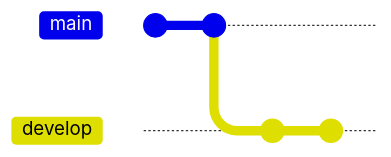
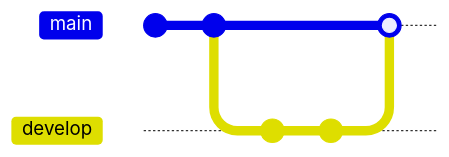
One commit to urotansh/git-practice changed the diagram in readme-git.md. Above: the diagram before and after it, drawn with Mermaid. Commit ids are hidden.

Commit message:
merge develop

````diff
--- a/readme-git.md
+++ b/readme-git.md
@@ -1,10 +1,11 @@
 ```mermaid
 gitGraph
   commit
   commit
   branch develop
   checkout develop
   commit
   commit
   checkout main
+  merge develop
 ```
````
